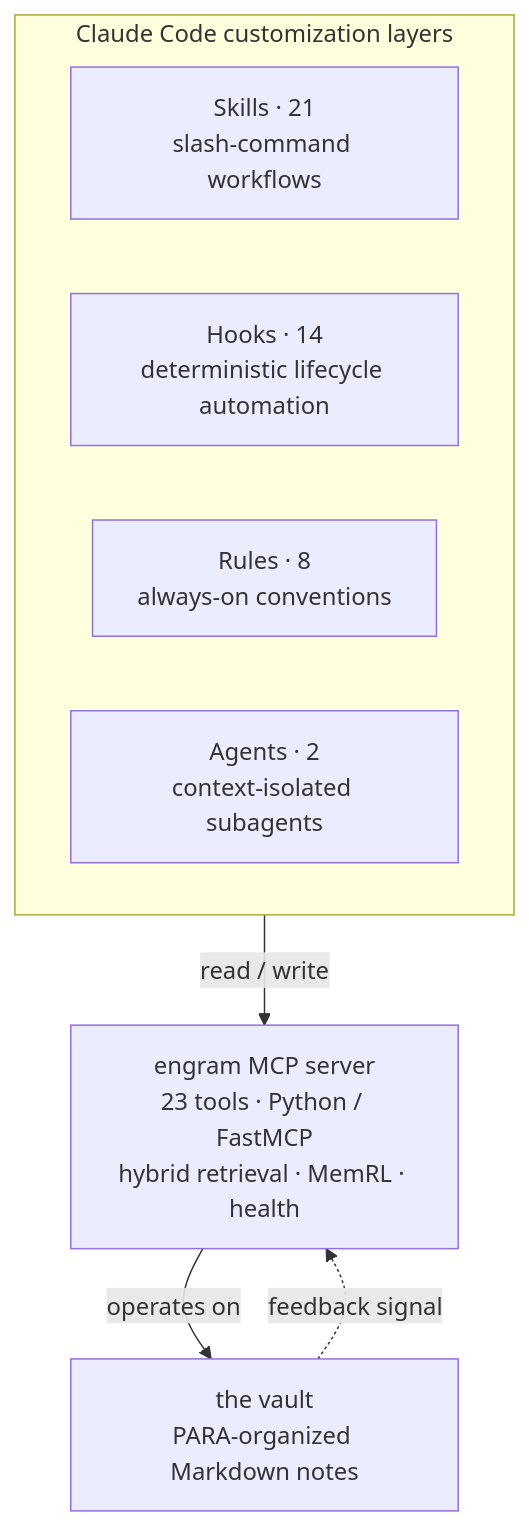
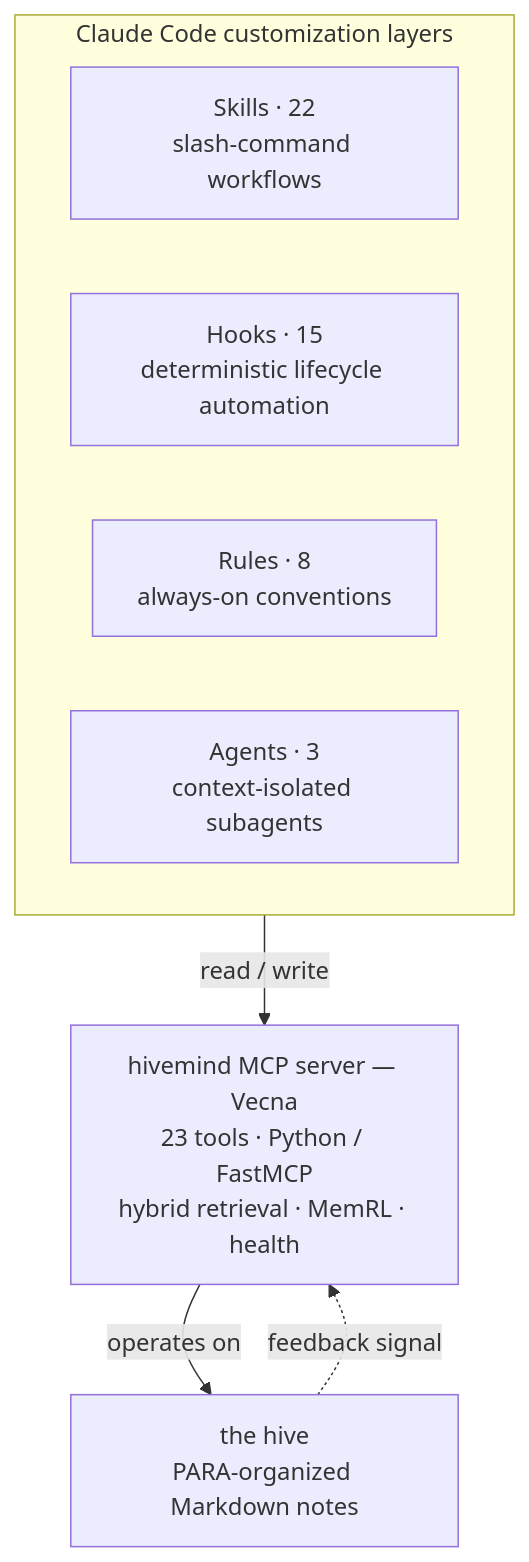
Before and after one commit to alexiagnocco/hivemind: the second of 2 diagrams in README.md, drawn with Mermaid. The commit also changed other lines of this file and 219 other files, not shown here.

````diff
--- a/README.md
+++ b/README.md
@@ -67,13 +75,13 @@
 ```mermaid
 flowchart TD
     subgraph layers["Claude Code customization layers"]
         direction LR
-        S["Skills · 21<br/>slash-command workflows"]
-        H["Hooks · 14<br/>deterministic lifecycle automation"]
+        S["Skills · 22<br/>slash-command workflows"]
+        H["Hooks · 15<br/>deterministic lifecycle automation"]
         R["Rules · 8<br/>always-on conventions"]
-        A["Agents · 2<br/>context-isolated subagents"]
+        A["Agents · 3<br/>context-isolated subagents"]
     end
-    layers -->|read / write| MCP["engram MCP server<br/>23 tools · Python / FastMCP<br/>hybrid retrieval · MemRL · health"]
-    MCP -->|operates on| V["the vault<br/>PARA-organized Markdown notes"]
+    layers -->|read / write| MCP["hivemind MCP server — Vecna<br/>23 tools · Python / FastMCP<br/>hybrid retrieval · MemRL · health"]
+    MCP -->|operates on| V["the hive<br/>PARA-organized Markdown notes"]
     V -.->|feedback signal| MCP
 ```
````
